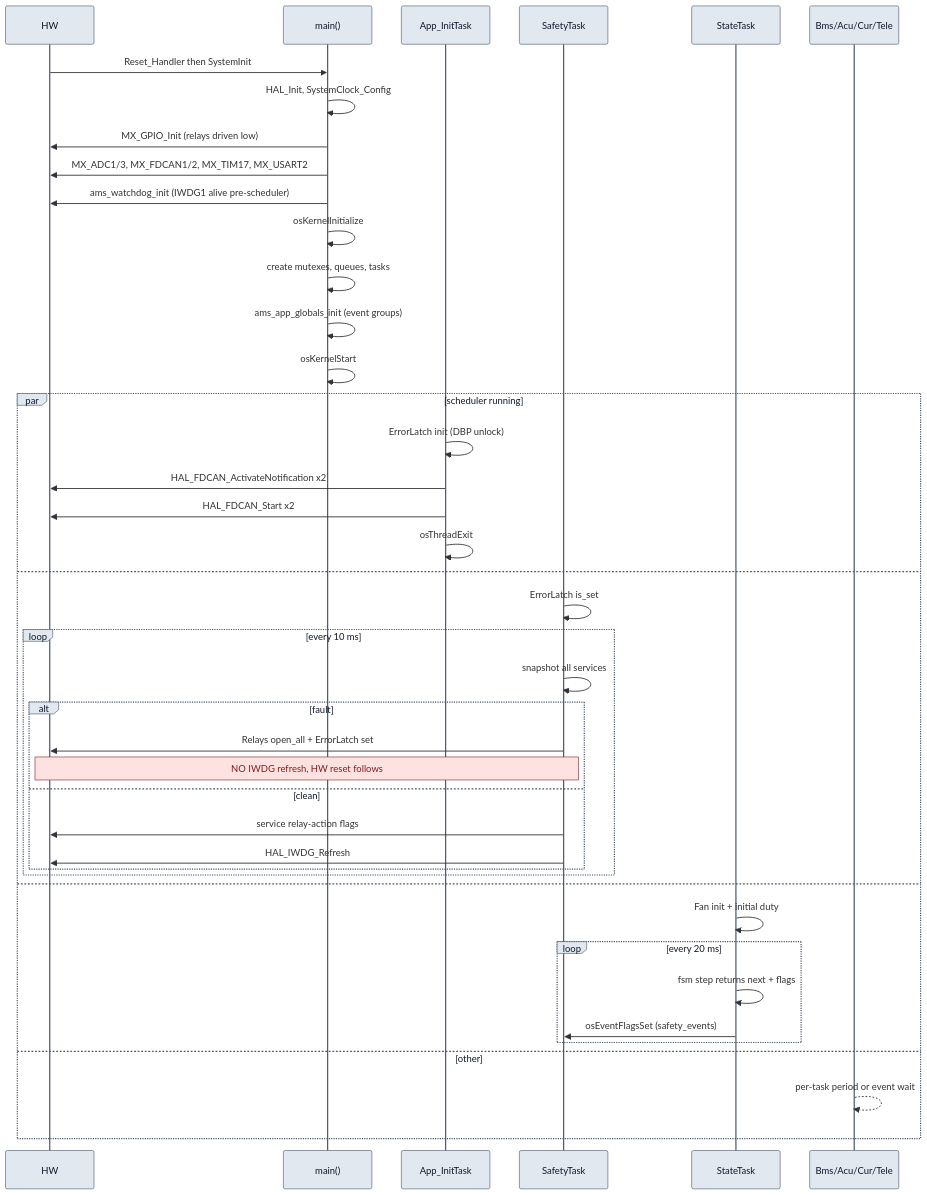
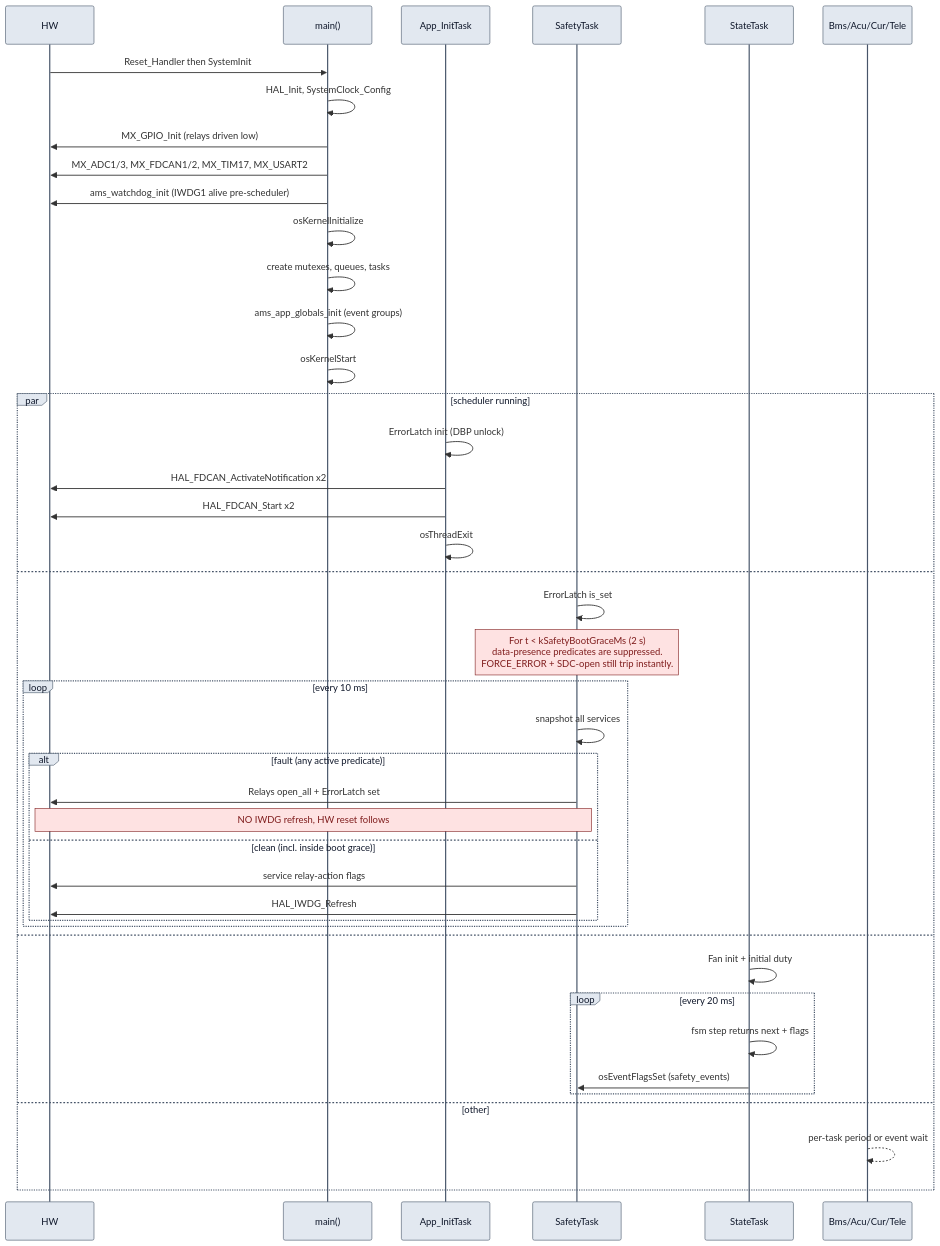
One commit to isc-fs/IFS08-CE-AMS changed the fourth of 4 diagrams in docs/ARCHITECTURE.md. Above: the diagram before and after it, drawn with Mermaid. The commit also changed other lines of this file and 5 other files, not shown here.

````diff
--- a/docs/ARCHITECTURE.md
+++ b/docs/ARCHITECTURE.md
@@ -325,51 +345,52 @@
 ```mermaid
 %%{init: {'theme':'base','themeVariables':{
   'actorBkg':'#e2e8f0','actorBorder':'#475569','actorTextColor':'#0f172a',
   'noteBkgColor':'#fee2e2','noteBorderColor':'#7f1d1d','noteTextColor':'#7f1d1d',
   'sequenceNumberColor':'#0f172a'
 }}}%%
 sequenceDiagram
   participant HW
   participant main as main()
   participant init as App_InitTask
   participant safe as SafetyTask
   participant state as StateTask
   participant other as Bms/Acu/Cur/Tele
 
   HW->>main: Reset_Handler then SystemInit
   main->>main: HAL_Init, SystemClock_Config
   main->>HW: MX_GPIO_Init (relays driven low)
   main->>HW: MX_ADC1/3, MX_FDCAN1/2, MX_TIM17, MX_USART2
   main->>HW: ams_watchdog_init (IWDG1 alive pre-scheduler)
   main->>main: osKernelInitialize
   main->>main: create mutexes, queues, tasks
   main->>main: ams_app_globals_init (event groups)
   main->>main: osKernelStart
 
   par scheduler running
     init->>init: ErrorLatch init (DBP unlock)
     init->>HW: HAL_FDCAN_ActivateNotification x2
     init->>HW: HAL_FDCAN_Start x2
     init->>init: osThreadExit
   and
     safe->>safe: ErrorLatch is_set
+    Note over safe: For t < kSafetyBootGraceMs (2 s)<br/>data-presence predicates are suppressed.<br/>FORCE_ERROR + SDC-open still trip instantly.
     loop every 10 ms
       safe->>safe: snapshot all services
-      alt fault
+      alt fault (any active predicate)
         safe->>HW: Relays open_all + ErrorLatch set
         Note over safe,HW: NO IWDG refresh, HW reset follows
-      else clean
+      else clean (incl. inside boot grace)
         safe->>HW: service relay-action flags
         safe->>HW: HAL_IWDG_Refresh
       end
     end
   and
     state->>state: Fan init + initial duty
     loop every 20 ms
       state->>state: fsm step returns next + flags
       state->>safe: osEventFlagsSet (safety_events)
     end
   and other
     other-->>other: per-task period or event wait
   end
 ```
````
